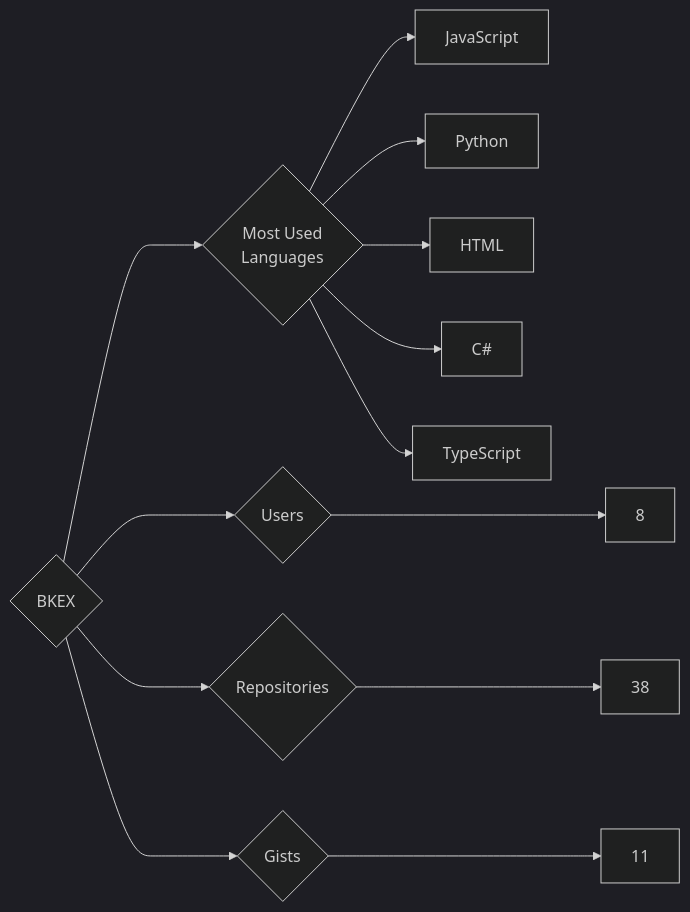
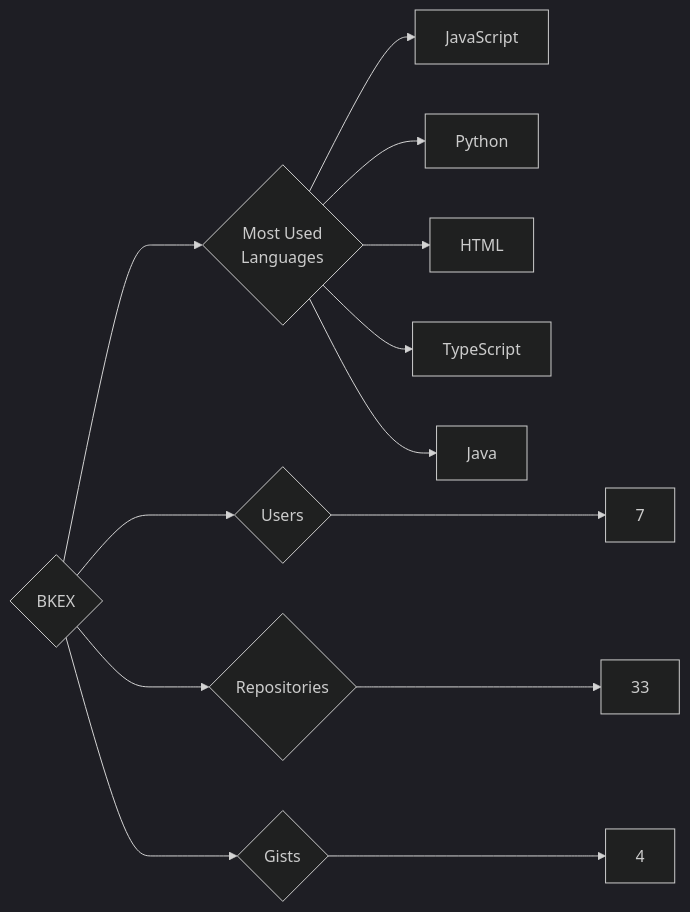
Before and after one commit to trickest/insiders: the diagram in targets/BKEX/README.md, drawn with Mermaid (dark theme). The commit also changed 1023 other files, not shown here.

````diff
--- a/targets/BKEX/README.md
+++ b/targets/BKEX/README.md
@@ -3,13 +3,13 @@
 ```mermaid
 graph LR
 COMPANY_NAME{BKEX}
-COMPANY_NAME ---> U{Users} ---> UN[8]
-COMPANY_NAME ---> R{Repositories} ---> RN[38]
-COMPANY_NAME ---> G{Gists} ---> GN[11]
+COMPANY_NAME ---> U{Users} ---> UN[7]
+COMPANY_NAME ---> R{Repositories} ---> RN[33]
+COMPANY_NAME ---> G{Gists} ---> GN[4]
 COMPANY_NAME ---> ML{Most Used<br>Languages}
 ML --> JavaScript[JavaScript]
 ML --> Python[Python]
 ML --> HTML[HTML]
-ML --> C#[C#]
 ML --> TypeScript[TypeScript]
+ML --> Java[Java]
 ```
````
